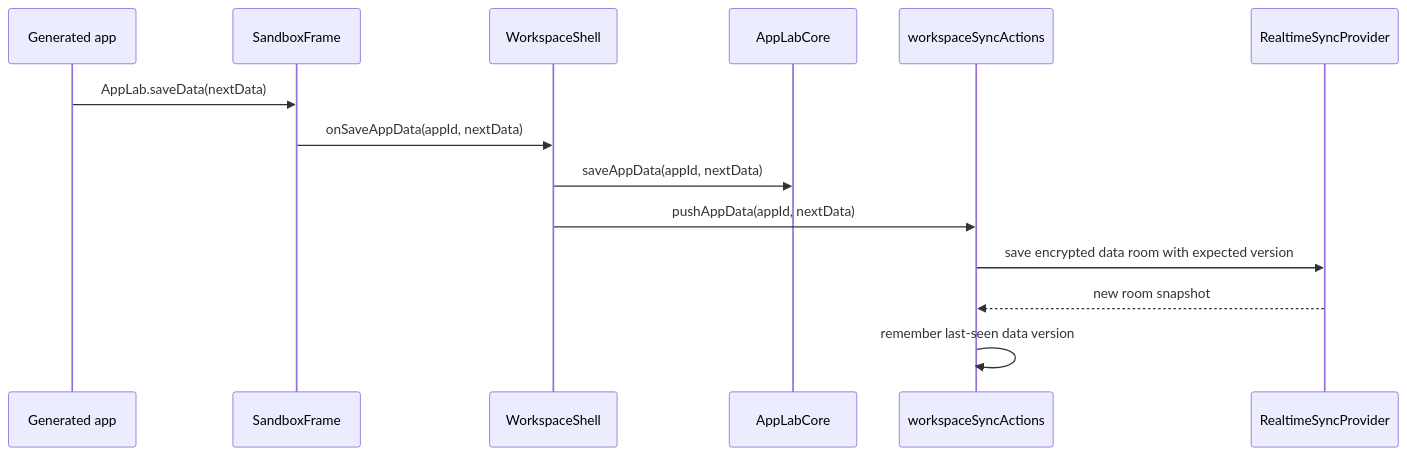
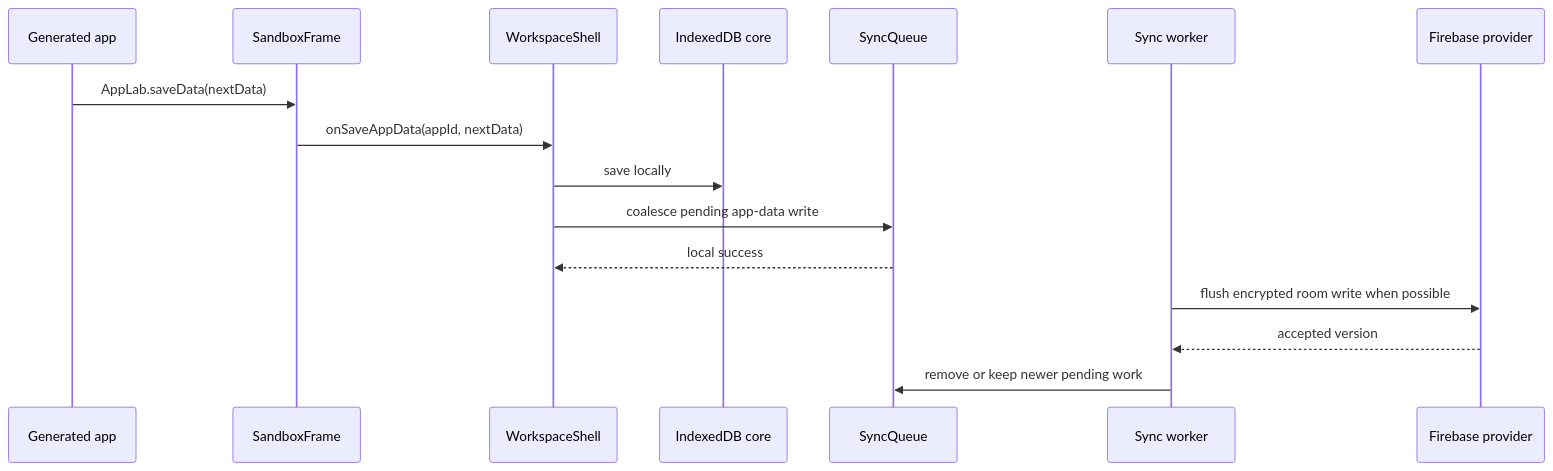
One commit to loelindstrom/app-lab changed the second of 2 diagrams in docs/2.architecture-sync.md. Above: the diagram before and after it, drawn with Mermaid. The commit also changed other lines of this file and 6 other files, not shown here.

````diff
--- a/docs/2.architecture-sync.md
+++ b/docs/2.architecture-sync.md
@@ -158,17 +204,19 @@
 ```mermaid
 sequenceDiagram
   participant App as Generated app
   participant Runtime as SandboxFrame
   participant Shell as WorkspaceShell
-  participant Core as AppLabCore
-  participant Actions as workspaceSyncActions
-  participant Provider as RealtimeSyncProvider
+  participant Core as IndexedDB core
+  participant Queue as SyncQueue
+  participant Worker as Sync worker
+  participant Provider as Firebase provider
 
   App->>Runtime: AppLab.saveData(nextData)
   Runtime->>Shell: onSaveAppData(appId, nextData)
-  Shell->>Core: saveAppData(appId, nextData)
-  Shell->>Actions: pushAppData(appId, nextData)
-  Actions->>Provider: save encrypted data room with expected version
-  Provider-->>Actions: new room snapshot
-  Actions->>Actions: remember last-seen data version
+  Shell->>Core: save locally
+  Shell->>Queue: coalesce pending app-data write
+  Queue-->>Shell: local success
+  Worker->>Provider: flush encrypted room write when possible
+  Provider-->>Worker: accepted version
+  Worker->>Queue: remove or keep newer pending work
 ```
````
